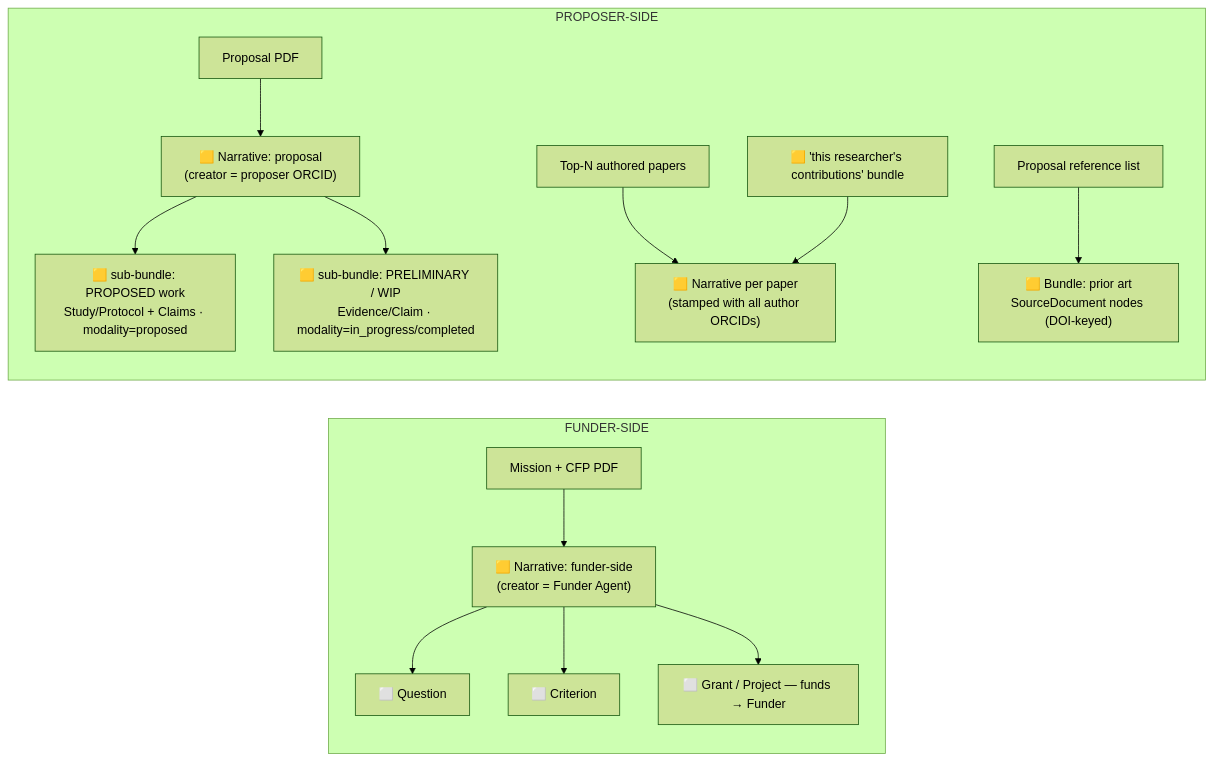
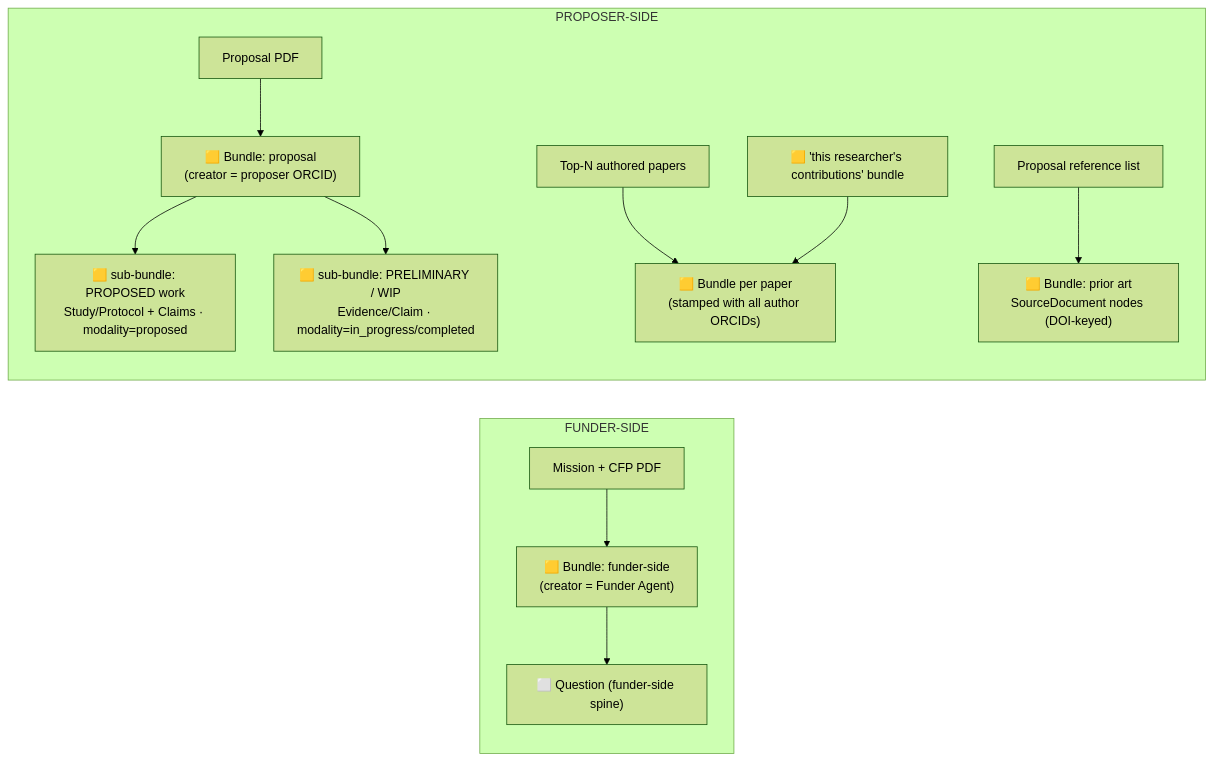
The second of 7 diagrams in V1-MODEL.md (MIRA-science/MIRA-extraction), drawn with Mermaid (forest theme) before and after one commit. The commit also changed other lines of this file, not shown here.

First line of the commit message:
Sync v1 visual model: Bundle is primitive, Narrative optional, drop Criterion

````diff
--- a/V1-MODEL.md
+++ b/V1-MODEL.md
@@ -50,17 +50,15 @@
 ```mermaid
 flowchart LR
   subgraph FUNDER["FUNDER-SIDE"]
-    MIS["Mission + CFP PDF"] --> MN["🟨 Narrative: funder-side<br/>(creator = Funder Agent)"]
-    MN --> MQ["⬜ Question"]
-    MN --> MC["⬜ Criterion"]
-    MN --> MG["⬜ Grant / Project — funds → Funder"]
+    MIS["Mission + CFP PDF"] --> MN["🟨 Bundle: funder-side<br/>(creator = Funder Agent)"]
+    MN --> MQ["⬜ Question (funder-side spine)"]
   end
   subgraph PROPOSER["PROPOSER-SIDE"]
-    PROP["Proposal PDF"] --> PN["🟨 Narrative: proposal<br/>(creator = proposer ORCID)"]
+    PROP["Proposal PDF"] --> PN["🟨 Bundle: proposal<br/>(creator = proposer ORCID)"]
     PN --> SB1["🟨 sub-bundle: PROPOSED work<br/>Study/Protocol + Claims · modality=proposed"]
     PN --> SB2["🟨 sub-bundle: PRELIMINARY / WIP<br/>Evidence/Claim · modality=in_progress/completed"]
-    PUBS["Top-N authored papers"] --> PUBN["🟨 Narrative per paper<br/>(stamped with all author ORCIDs)"]
+    PUBS["Top-N authored papers"] --> PUBN["🟨 Bundle per paper<br/>(stamped with all author ORCIDs)"]
     REFS["Proposal reference list"] --> PAB["🟨 Bundle: prior art<br/>SourceDocument nodes (DOI-keyed)"]
     CONTRIB["🟨 'this researcher's contributions' bundle"] --> PUBN
   end
 ```
````
